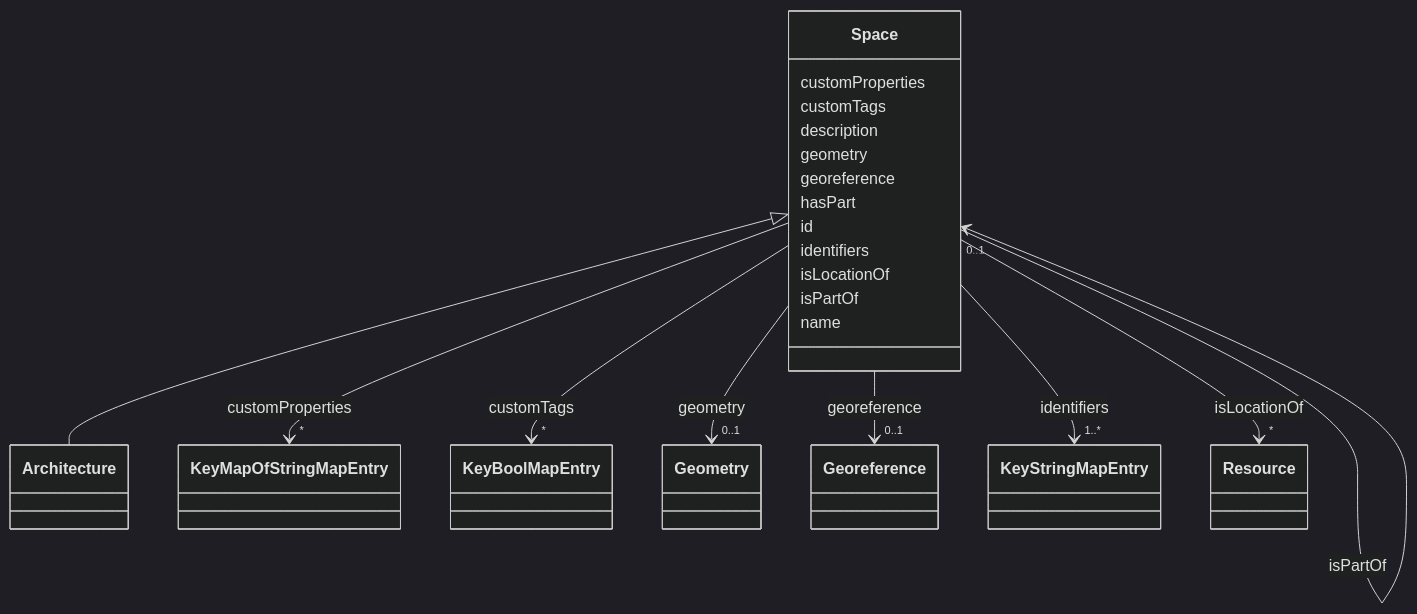
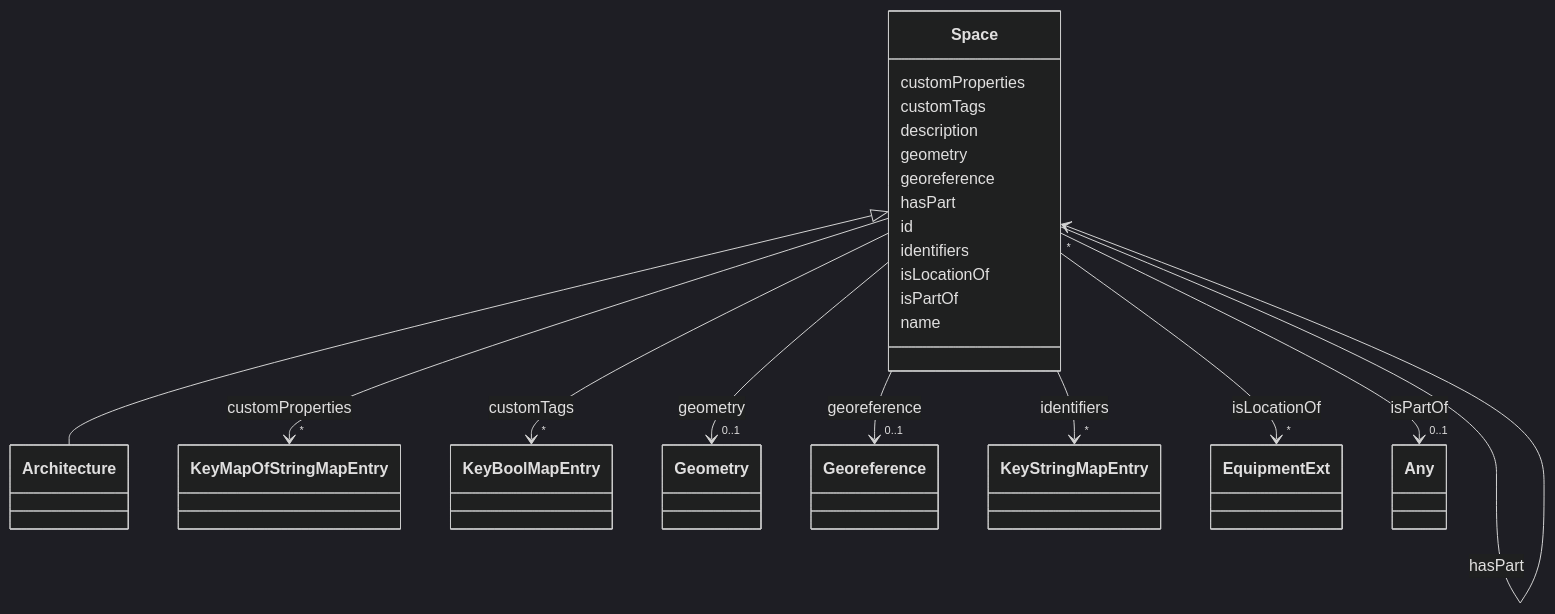
Before and after one commit to takashikasuya/smartbuiding_ontology: the diagram in docs/Space.md, drawn with Mermaid (dark theme). The commit also changed other lines of this file and 89 other files, not shown here.

```diff
--- a/docs/Space.md
+++ b/docs/Space.md
@@ -87,7 +87,7 @@
     
         
         
-        Space --> "1..*" KeyStringMapEntry : identifiers
+        Space --> "*" KeyStringMapEntry : identifiers
         click KeyStringMapEntry href "../KeyStringMapEntry/"
     
 
@@ -98,8 +98,8 @@
     
         
         
-        Space --> "*" Resource : isLocationOf
-        click Resource href "../Resource/"
+        Space --> "*" EquipmentExt : isLocationOf
+        click EquipmentExt href "../EquipmentExt/"
     
 
         
@@ -109,8 +109,8 @@
     
         
         
-        Space --> "0..1" Space : isPartOf
-        click Space href "../Space/"
+        Space --> "0..1" Any : isPartOf
+        click Any href "../Any/"
     
 
         
```
